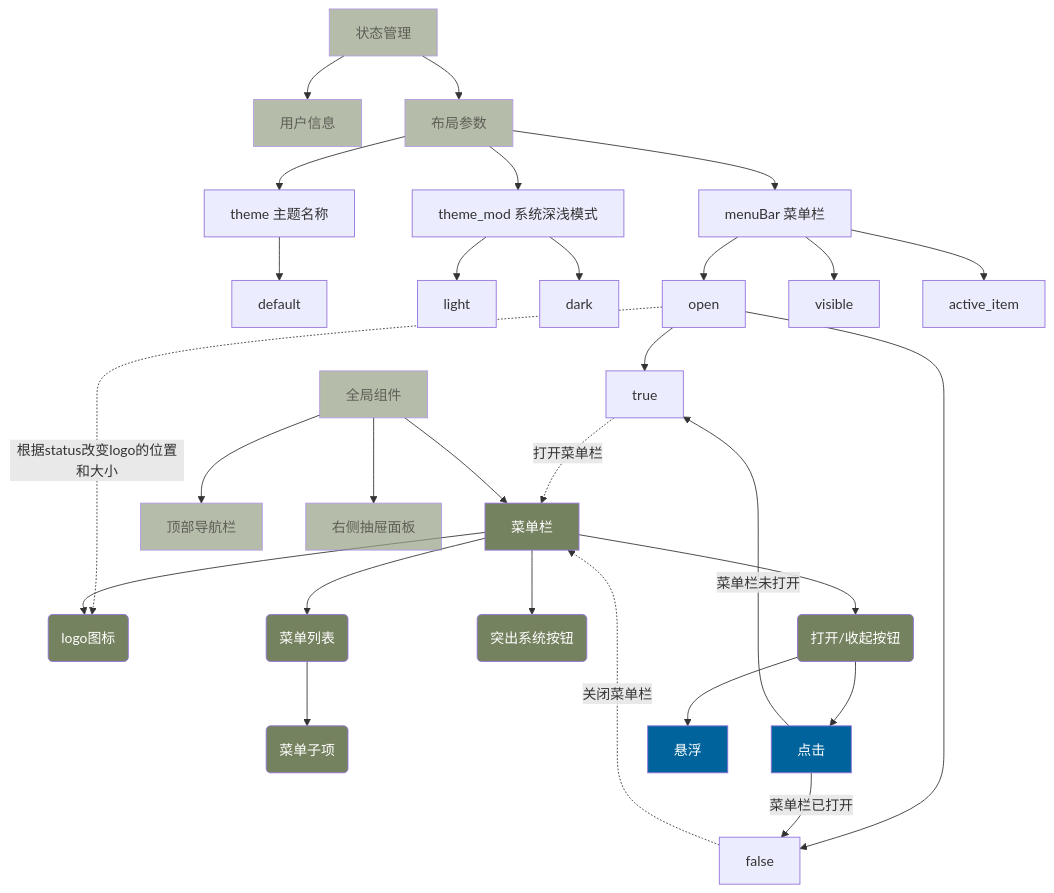
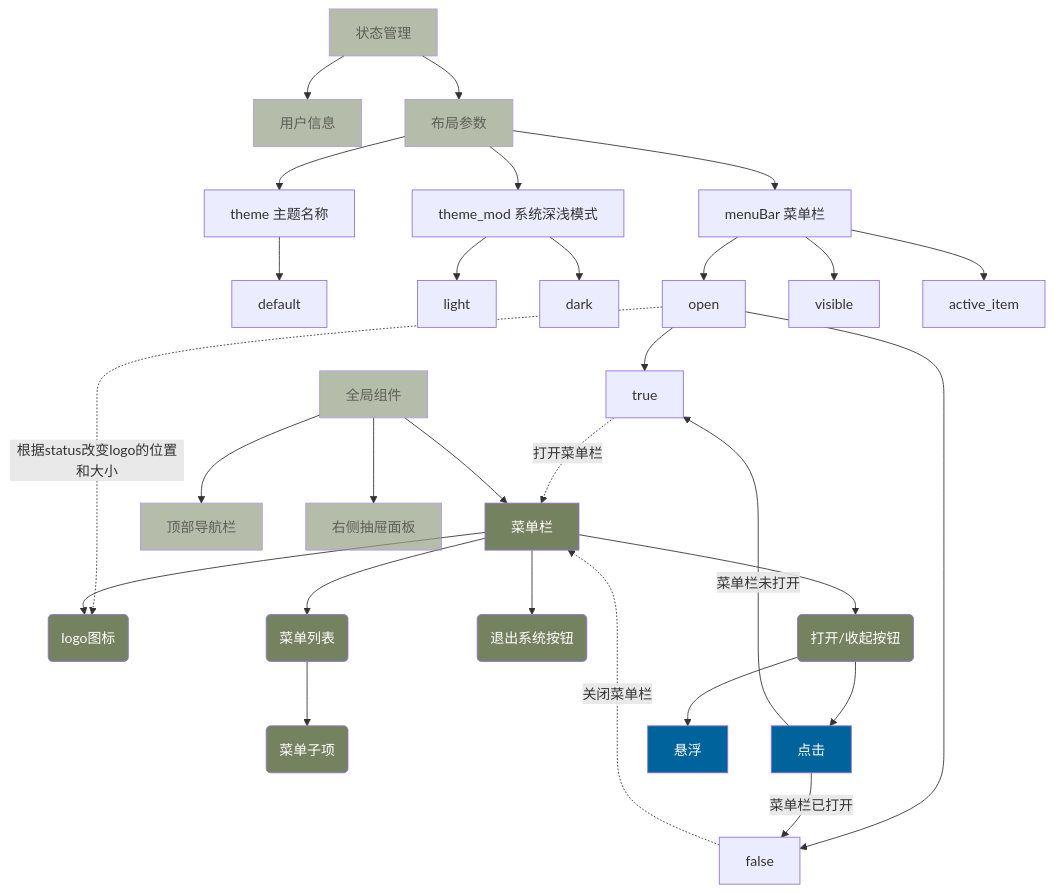
One commit to PomeloCoke/practice changed the diagram in project/coke-system/src/settings/interactive.md. Above: the diagram before and after it, drawn with Mermaid. The commit also changed 11 other files, not shown here.

Commit message:
menu bar dev

````diff
--- a/project/coke-system/src/settings/interactive.md
+++ b/project/coke-system/src/settings/interactive.md
@@ -1,47 +1,47 @@
 ```mermaid
 flowchart TB
   classDef element fill:#75825F,color:#FFF
 	classDef catalog fill:#98A187,color:#000,opacity:0.7
   classDef operate fill:#00639B,color:#FFF
 
   %% 状态管理数据结构
   State["状态管理"]:::catalog --> stateUser["用户信息"]:::catalog
   State["状态管理"] --> stateLayout["布局参数"]:::catalog
 
 
   stateLayout --> stateLayout_theme["theme 主题名称"]
     stateLayout_theme --> stateLayout_theme_defalut["default"]
 
   stateLayout --> stateLayout_themeMod["theme_mod 系统深浅模式"]
     stateLayout_themeMod--> stateLayout_themeMod_light["light"] & stateLayout_themeMod_dark["dark"]
 
   stateLayout --> stateLayout_menuBar["menuBar 菜单栏"]
     stateLayout_menuBar --> stateLayout_menuBar_open["open"]
       stateLayout_menuBar_open --> stateLayout_menuBar_open_status_1["true"] & stateLayout_menuBar_open_status_2["false"]
-        stateLayout_menuBar_open_status_1 -.-> |打开菜单栏| component_menuBar
-        stateLayout_menuBar_open_status_2 -.-> |关闭菜单栏| component_menuBar
+        stateLayout_menuBar_open_status_1 -.-> |"打开菜单栏"| component_menuBar
+        stateLayout_menuBar_open_status_2 -.-> |"关闭菜单栏"| component_menuBar
 
-        stateLayout_menuBar_open -.-> |根据status改变logo的位置和大小| component_menuBar_logo
+        stateLayout_menuBar_open -.-> |"根据status改变logo的位置和大小"| component_menuBar_logo
 
     stateLayout_menuBar -->stateLayout_menuBar_visible["visible"]
     stateLayout_menuBar --> stateLayout_menuBar_["active_item"]
 
   %% 组件
   Component["全局组件"]:::catalog --> component_menuBar["菜单栏"]:::element
   Component["全局组件"] --> component_navBar["顶部导航栏"]:::catalog
   Component["全局组件"] --> component_rightPanel["右侧抽屉面板"]:::catalog
 
   %% 菜单栏
   component_menuBar --> component_menuBar_logo("logo图标"):::element
   component_menuBar --> component_menuBar_toggle("打开/收起按钮"):::element
-  component_menuBar --> component_menuBar_logout("突出系统按钮"):::element
+  component_menuBar --> component_menuBar_logout("退出系统按钮"):::element
   component_menuBar --> component_menuBar_menuList("菜单列表"):::element
     component_menuBar_menuList --> component_menuBar_menuItem("菜单子项"):::element
   
   component_menuBar_toggle --> operate_menuBar_1["点击"] & operate_menuBar_2["悬浮"]
-    operate_menuBar_1:::operate --> |菜单栏未打开| stateLayout_menuBar_open_status_1
-    operate_menuBar_1:::operate --> |菜单栏已打开| stateLayout_menuBar_open_status_2
+    operate_menuBar_1:::operate --> |"菜单栏未打开"| stateLayout_menuBar_open_status_1
+    operate_menuBar_1:::operate --> |"菜单栏已打开"| stateLayout_menuBar_open_status_2
     
     operate_menuBar_2:::operate
 
 ```
````
